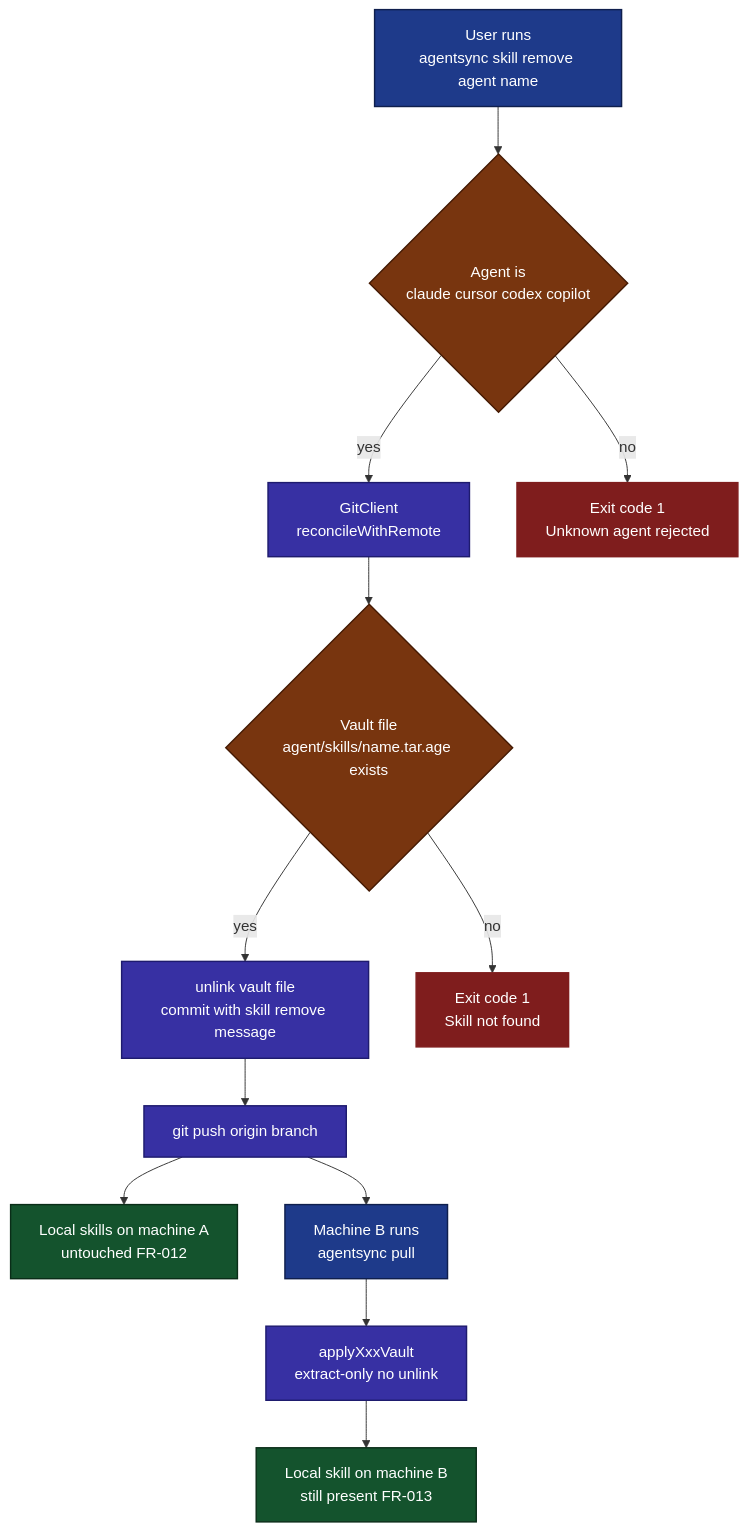
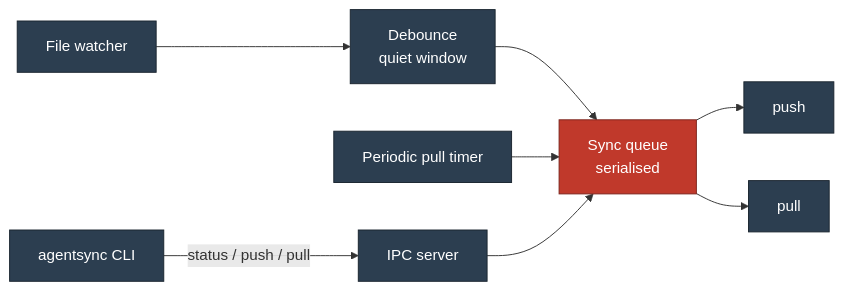
The fourth of 4 diagrams in docs/architecture.md (chrisleekr/agentsync), drawn with Mermaid before and after one commit. The commit also changed other lines of this file and 19 other files, not shown here.

````diff
--- a/docs/architecture.md
+++ b/docs/architecture.md
@@ -138,29 +187,21 @@
 ```mermaid
-flowchart TD
-	UserReq["User runs<br/>agentsync skill remove agent name"]:::action
-	ValidateAgent{"Agent is<br/>claude cursor codex copilot"}:::decision
-	Reconcile["GitClient<br/>reconcileWithRemote"]:::vault
-	StatFile{"Vault file<br/>agent/skills/name.tar.age exists"}:::decision
-	Unlink["unlink vault file<br/>commit with skill remove message"]:::vault
-	Push["git push origin branch"]:::vault
-	LocalA["Local skills on machine A<br/>untouched FR-012"]:::local
-	MachineB["Machine B runs<br/>agentsync pull"]:::action
-	ApplyExtract["applyXxxVault<br/>extract-only no unlink"]:::vault
-	LocalB["Local skill on machine B<br/>still present FR-013"]:::local
-	NotFound["Exit code 1<br/>Skill not found"]:::fail
-	UnknownAgent["Exit code 1<br/>Unknown agent rejected"]:::fail
+flowchart LR
+    Watcher["File watcher"]:::step
+    Debounce["Debounce<br/>quiet window"]:::step
+    Queue["Sync queue<br/>serialised"]:::gate
+    Push["push"]:::step
+    Pull["pull"]:::step
+    Timer["Periodic pull timer"]:::step
+    Ipc["IPC server"]:::step
+    Client["agentsync CLI"]:::local
 
-	UserReq --> ValidateAgent
-	ValidateAgent -- no --> UnknownAgent
-	ValidateAgent -- yes --> Reconcile --> StatFile
-	StatFile -- no --> NotFound
-	StatFile -- yes --> Unlink --> Push
-	Push --> LocalA
-	Push --> MachineB --> ApplyExtract --> LocalB
+    Watcher --> Debounce --> Queue
+    Timer --> Queue
+    Client -->|status / push / pull| Ipc --> Queue
+    Queue --> Push
+    Queue --> Pull
 
-	classDef action fill:#1e3a8a,color:#ffffff,stroke:#0f1f4d,stroke-width:1.5px;
-	classDef decision fill:#78350f,color:#ffffff,stroke:#451a03,stroke-width:1.5px;
-	classDef vault fill:#3730a3,color:#ffffff,stroke:#1e1b6e,stroke-width:1.5px;
-	classDef local fill:#14532d,color:#ffffff,stroke:#0a2d18,stroke-width:1.5px;
-	classDef fail fill:#7f1d1d,color:#ffffff,stroke:#7f1d1d,stroke-width:1.5px;
+    classDef local fill:#2c3e50,color:#ffffff,stroke:#1a252f
+    classDef step fill:#2c3e50,color:#ffffff,stroke:#1a252f
+    classDef gate fill:#c0392b,color:#ffffff,stroke:#7b241c
 ```
````
